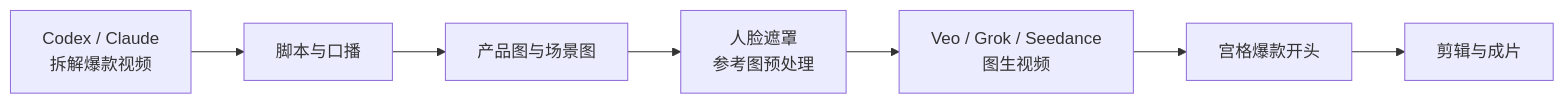
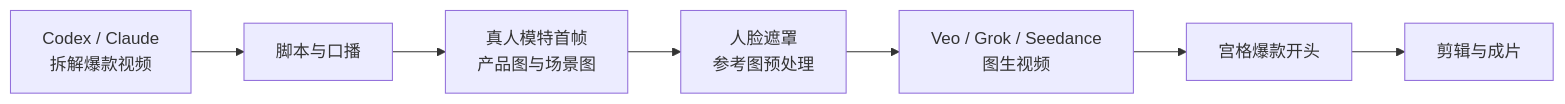
Before and after one commit to Longxiaohao/AIvideo: the diagram in README.md, drawn with Mermaid. The commit also changed other lines of this file and 6 other files, not shown here.

````diff
--- a/README.md
+++ b/README.md
@@ -32,9 +32,9 @@
 ```mermaid
 flowchart LR
     A["Codex / Claude<br/>拆解爆款视频"] --> B["脚本与口播"]
-    B --> C["产品图与场景图"]
+    B --> C["真人模特首帧<br/>产品图与场景图"]
     C --> D["人脸遮罩<br/>参考图预处理"]
     D --> E["Veo / Grok / Seedance<br/>图生视频"]
     E --> F["宫格爆款开头"]
     F --> G["剪辑与成片"]
 ```
````
